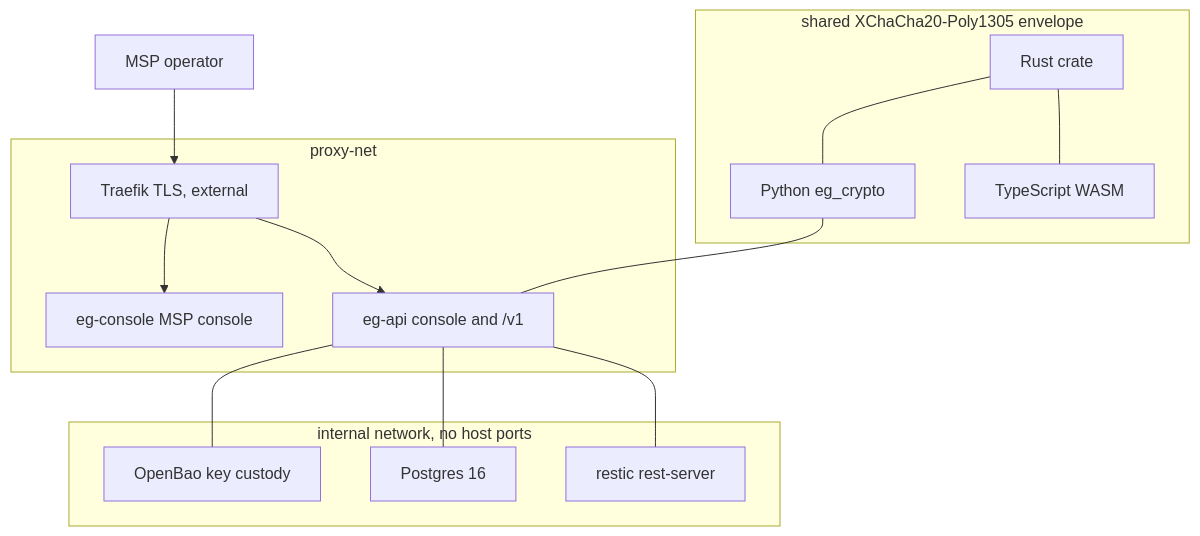
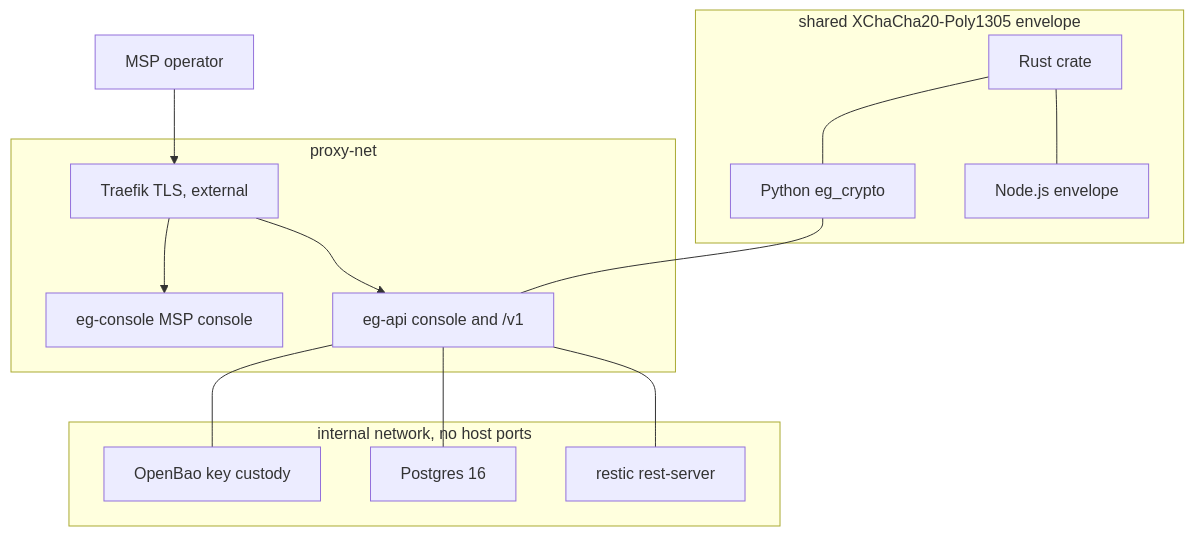
One commit to GoDeskHQ/Encryptoglyph changed the diagram in README.md. Above: the diagram before and after it, drawn with Mermaid. The commit also changed other lines of this file and 18 other files, not shown here.

First line of the commit message:
feat(js): ship a Node 24 envelope package without wasm-pack (#29)

````diff
--- a/README.md
+++ b/README.md
@@ -34,28 +34,28 @@
 ```mermaid
 flowchart TB
   operator[MSP operator]
   subgraph proxy [proxy-net]
     traefik[Traefik TLS, external]
     console["eg-console MSP console"]
     api["eg-api console and /v1"]
   end
   subgraph internal [internal network, no host ports]
     openbao[OpenBao key custody]
     postgres[Postgres 16]
     restic[restic rest-server]
   end
   subgraph crypto [shared XChaCha20-Poly1305 envelope]
     rust[Rust crate]
     python[Python eg_crypto]
-    ts[TypeScript WASM]
+    ts[Node.js envelope]
   end
   operator --> traefik
   traefik --> console
   traefik --> api
   api --- openbao
   api --- postgres
   api --- restic
   rust --- python
   rust --- ts
   python --- api
 ```
````
